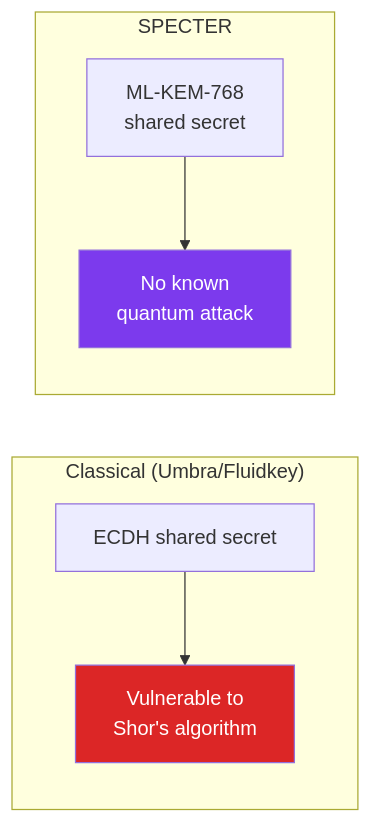
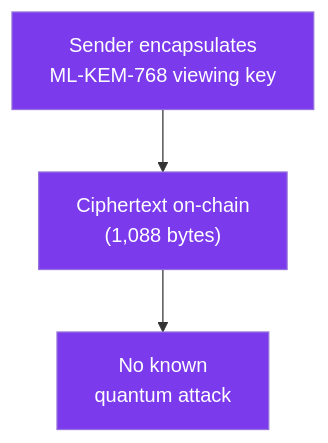
Before and after one commit to specter-privacy/docs: the first of 2 diagrams in docs/why-specter/specter-vs-others.mdx, drawn with Mermaid. The commit also changed other lines of this file and 7 other files, not shown here.

````diff
--- a/docs/why-specter/specter-vs-others.mdx
+++ b/docs/why-specter/specter-vs-others.mdx
@@ -37,12 +42,8 @@
 ```mermaid
-flowchart LR
-    subgraph Classical["Classical (Umbra/Fluidkey)"]
-        A1["ECDH shared secret"] --> B1["Vulnerable to\nShor's algorithm"]
-    end
-    subgraph SPECTER["SPECTER"]
-        A2["ML-KEM-768\nshared secret"] --> B2["No known\nquantum attack"]
-    end
-
-    style B1 fill:#dc2626,color:#fff
-    style B2 fill:#7c3aed,color:#fff
+flowchart TD
+    A["Sender encapsulates\nML-KEM-768 viewing key"] --> B["Ciphertext on-chain\n(1,088 bytes)"]
+    B --> C["No known\nquantum attack"]
+    style A fill:#7c3aed,color:#fff
+    style B fill:#7c3aed,color:#fff
+    style C fill:#7c3aed,color:#fff
 ```
````
